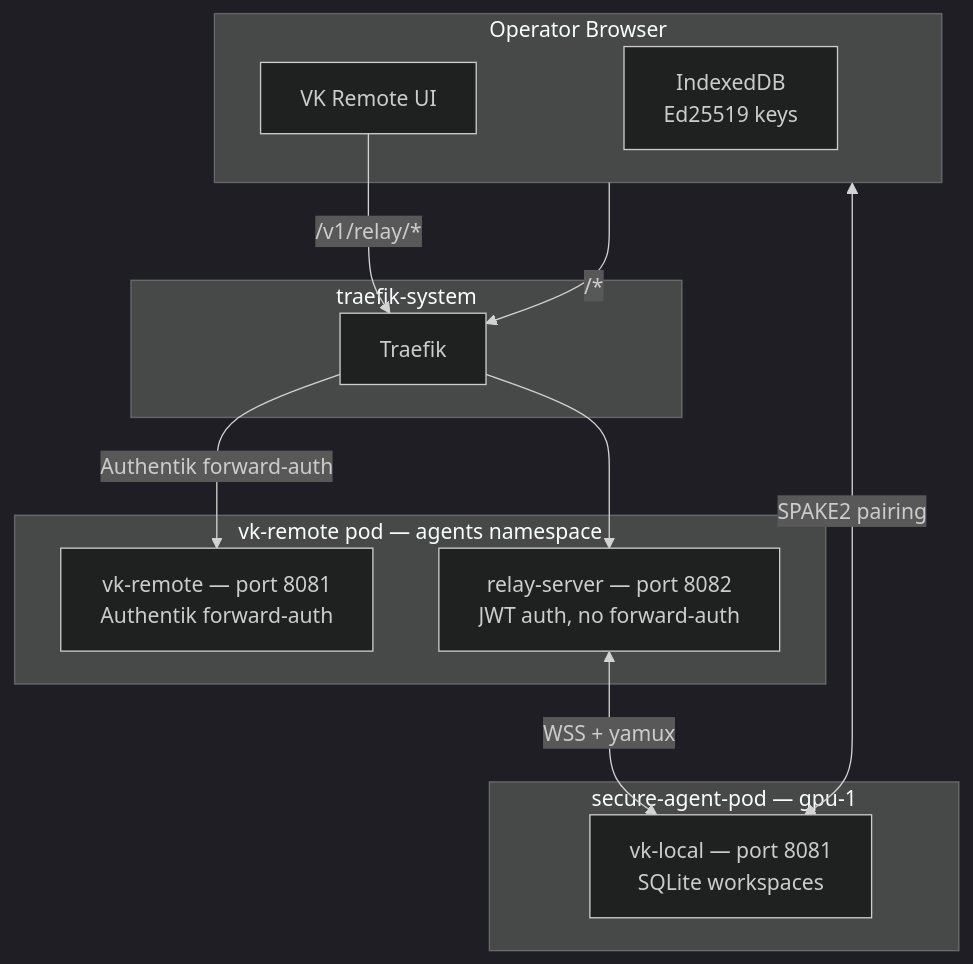
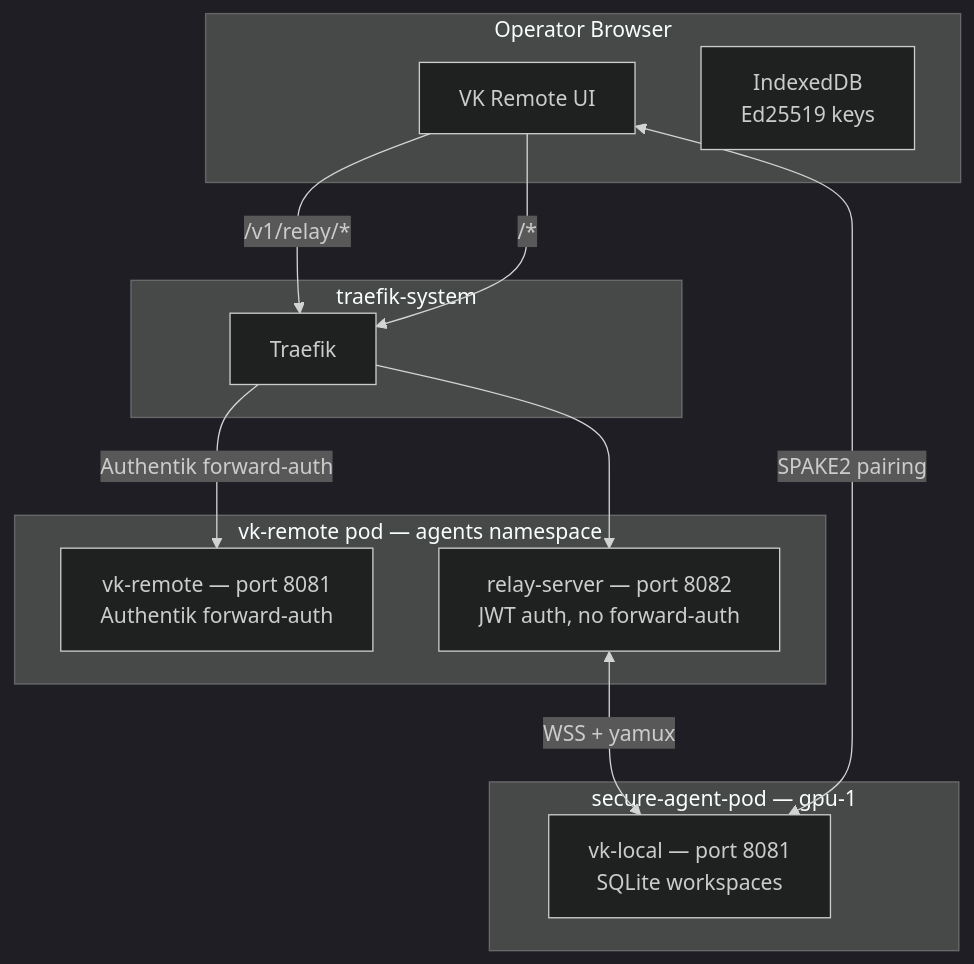
One commit to derio-net/frank changed the diagram in blog/content/docs/building/25-vk-relay/index.md. Above: the diagram before and after it, drawn with Mermaid (dark theme). The commit also changed other lines of this file and 52 other files, not shown here.

````diff
--- a/blog/content/docs/building/25-vk-relay/index.md
+++ b/blog/content/docs/building/25-vk-relay/index.md
@@ -21,25 +21,25 @@
 ```mermaid
 flowchart TD
   subgraph Browser[Operator Browser]
     UI[VK Remote UI]
     IDB[IndexedDB<br/>Ed25519 keys]
   end
   subgraph Relay[vk-remote pod — agents namespace]
     MAIN[vk-remote — port 8081<br/>Authentik forward-auth]
     RELAY[relay-server — port 8082<br/>JWT auth, no forward-auth]
   end
   subgraph Agent[secure-agent-pod — gpu-1]
     VK[vk-local — port 8081<br/>SQLite workspaces]
   end
   subgraph Traefik[traefik-system]
     TR[Traefik]
   end
 
   UI -->|/v1/relay/*| TR
   TR --> RELAY
   RELAY <-->|WSS + yamux| VK
-  Browser -->|/*| TR
+  UI -->|/*| TR
   TR -->|Authentik forward-auth| MAIN
 
-  Browser <-->|SPAKE2 pairing| VK
+  UI <-->|SPAKE2 pairing| VK
 ```
````
